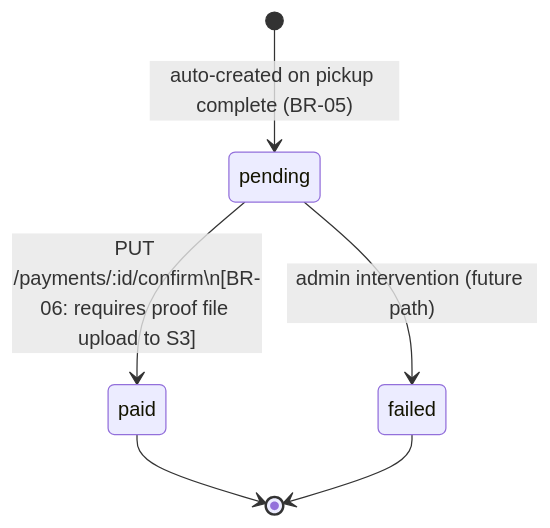
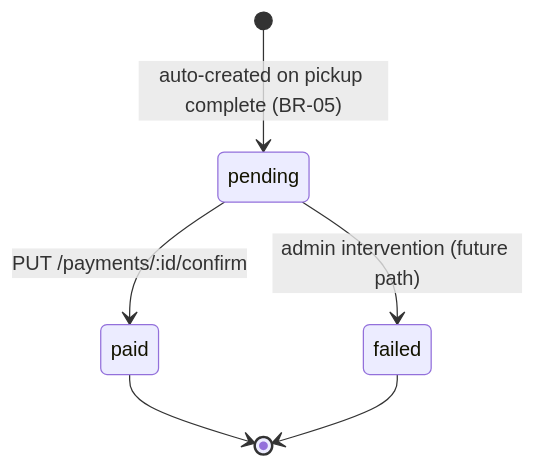
The second of 6 diagrams in docs/business-processes.md (fairyhunter13/community-waste-collection-system), drawn with Mermaid before and after one commit. The commit also changed other lines of this file and 4 other files, not shown here.

First line of the commit message:
fix(docs): repair mermaid diagrams for GitHub compatibility

````diff
--- a/docs/business-processes.md
+++ b/docs/business-processes.md
@@ -36,8 +36,8 @@
 ```mermaid
 stateDiagram-v2
     [*] --> pending : auto-created on pickup complete (BR-05)
-    pending --> paid : PUT /payments/:id/confirm\n[BR-06: requires proof file upload to S3]
+    pending --> paid : PUT /payments/:id/confirm
     pending --> failed : admin intervention (future path)
     paid --> [*]
     failed --> [*]
 ```
````
